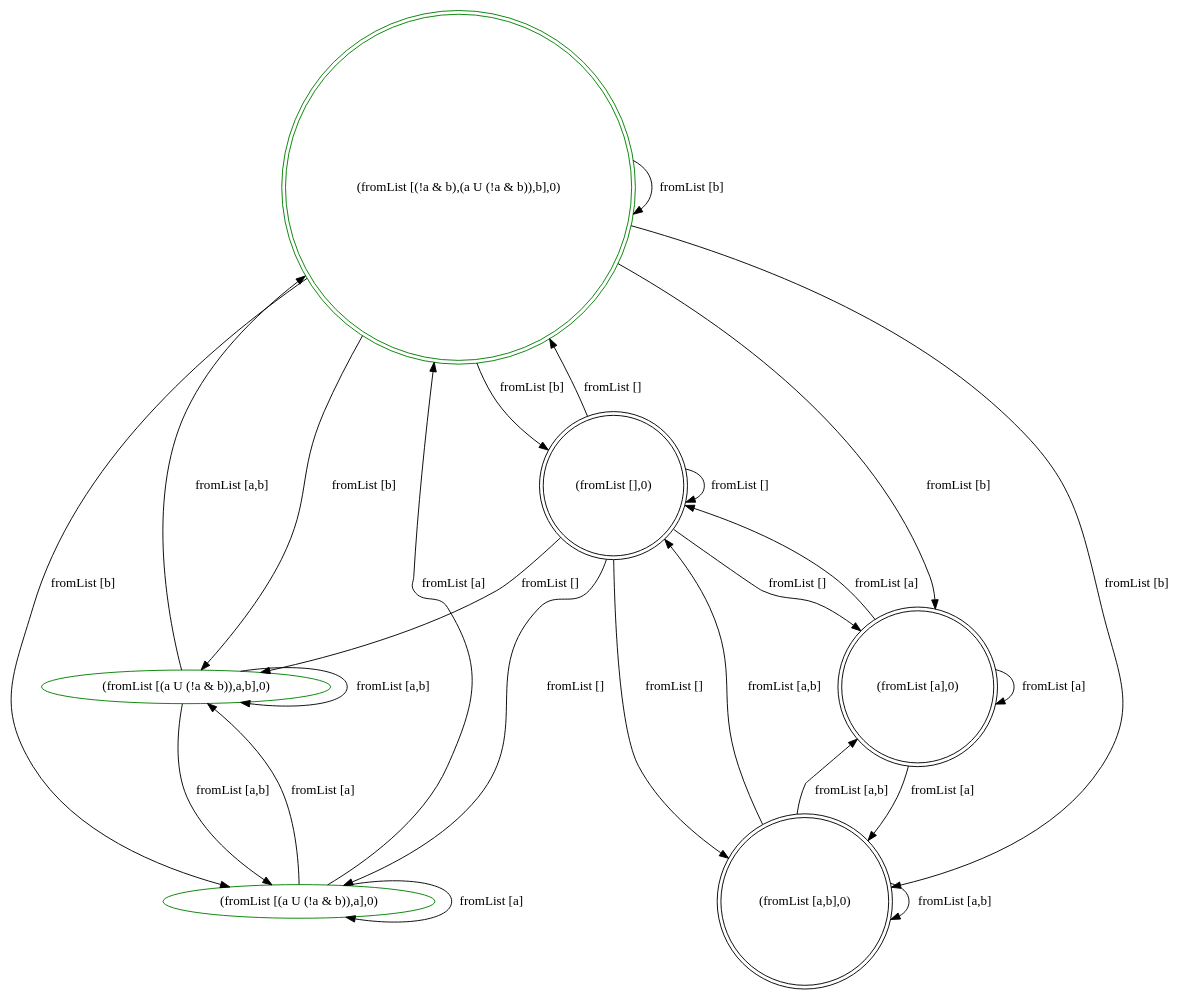
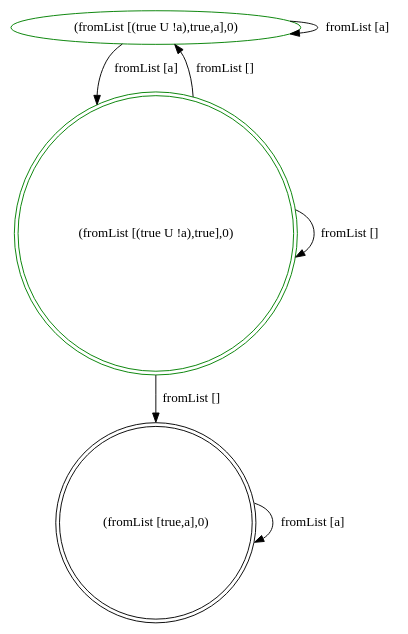
The diagram in nbaDot.gv (tychodub/ParityGamesReal), drawn with Graphviz before and after one commit. The commit also changed 23 other files, not shown here.

```diff
--- a/nbaDot.gv
+++ b/nbaDot.gv
@@ -1,32 +1,11 @@
 digraph nba {
-    "(fromList [(!a & b),(a U (!a & b)),b],0)"[shape = doublecircle][color = "green"];
-    "(fromList [(a U (!a & b)),a,b],0)"[color = "green"];
-    "(fromList [(a U (!a & b)),a],0)"[color = "green"];
-    "(fromList [],0)"[shape = doublecircle];
-    "(fromList [a,b],0)"[shape = doublecircle];
-    "(fromList [a],0)"[shape = doublecircle];
-    "(fromList [(!a & b),(a U (!a & b)),b],0)" -> "(fromList [(!a & b),(a U (!a & b)),b],0)" [label = "fromList [b]"];
-    "(fromList [(!a & b),(a U (!a & b)),b],0)" -> "(fromList [(a U (!a & b)),a,b],0)" [label = "fromList [b]"];
-    "(fromList [(!a & b),(a U (!a & b)),b],0)" -> "(fromList [(a U (!a & b)),a],0)" [label = "fromList [b]"];
-    "(fromList [(!a & b),(a U (!a & b)),b],0)" -> "(fromList [],0)" [label = "fromList [b]"];
-    "(fromList [(!a & b),(a U (!a & b)),b],0)" -> "(fromList [a,b],0)" [label = "fromList [b]"];
-    "(fromList [(!a & b),(a U (!a & b)),b],0)" -> "(fromList [a],0)" [label = "fromList [b]"];
-    "(fromList [(a U (!a & b)),a,b],0)" -> "(fromList [(!a & b),(a U (!a & b)),b],0)" [label = "fromList [a,b]"];
-    "(fromList [(a U (!a & b)),a,b],0)" -> "(fromList [(a U (!a & b)),a,b],0)" [label = "fromList [a,b]"];
-    "(fromList [(a U (!a & b)),a,b],0)" -> "(fromList [(a U (!a & b)),a],0)" [label = "fromList [a,b]"];
-    "(fromList [(a U (!a & b)),a],0)" -> "(fromList [(!a & b),(a U (!a & b)),b],0)" [label = "fromList [a]"];
-    "(fromList [(a U (!a & b)),a],0)" -> "(fromList [(a U (!a & b)),a,b],0)" [label = "fromList [a]"];
-    "(fromList [(a U (!a & b)),a],0)" -> "(fromList [(a U (!a & b)),a],0)" [label = "fromList [a]"];
-    "(fromList [],0)" -> "(fromList [(!a & b),(a U (!a & b)),b],0)" [label = "fromList []"];
-    "(fromList [],0)" -> "(fromList [(a U (!a & b)),a,b],0)" [label = "fromList []"];
-    "(fromList [],0)" -> "(fromList [(a U (!a & b)),a],0)" [label = "fromList []"];
-    "(fromList [],0)" -> "(fromList [],0)" [label = "fromList []"];
-    "(fromList [],0)" -> "(fromList [a,b],0)" [label = "fromList []"];
-    "(fromList [],0)" -> "(fromList [a],0)" [label = "fromList []"];
-    "(fromList [a,b],0)" -> "(fromList [],0)" [label = "fromList [a,b]"];
-    "(fromList [a,b],0)" -> "(fromList [a,b],0)" [label = "fromList [a,b]"];
-    "(fromList [a,b],0)" -> "(fromList [a],0)" [label = "fromList [a,b]"];
-    "(fromList [a],0)" -> "(fromList [],0)" [label = "fromList [a]"];
-    "(fromList [a],0)" -> "(fromList [a,b],0)" [label = "fromList [a]"];
-    "(fromList [a],0)" -> "(fromList [a],0)" [label = "fromList [a]"];
+    "(fromList [(true U !a),true,a],0)"[color = "green"];
+    "(fromList [(true U !a),true],0)"[shape = doublecircle][color = "green"];
+    "(fromList [true,a],0)"[shape = doublecircle];
+    "(fromList [(true U !a),true,a],0)" -> "(fromList [(true U !a),true,a],0)" [label = "fromList [a]"];
+    "(fromList [(true U !a),true,a],0)" -> "(fromList [(true U !a),true],0)" [label = "fromList [a]"];
+    "(fromList [(true U !a),true],0)" -> "(fromList [(true U !a),true,a],0)" [label = "fromList []"];
+    "(fromList [(true U !a),true],0)" -> "(fromList [(true U !a),true],0)" [label = "fromList []"];
+    "(fromList [(true U !a),true],0)" -> "(fromList [true,a],0)" [label = "fromList []"];
+    "(fromList [true,a],0)" -> "(fromList [true,a],0)" [label = "fromList [a]"];
 }
```
